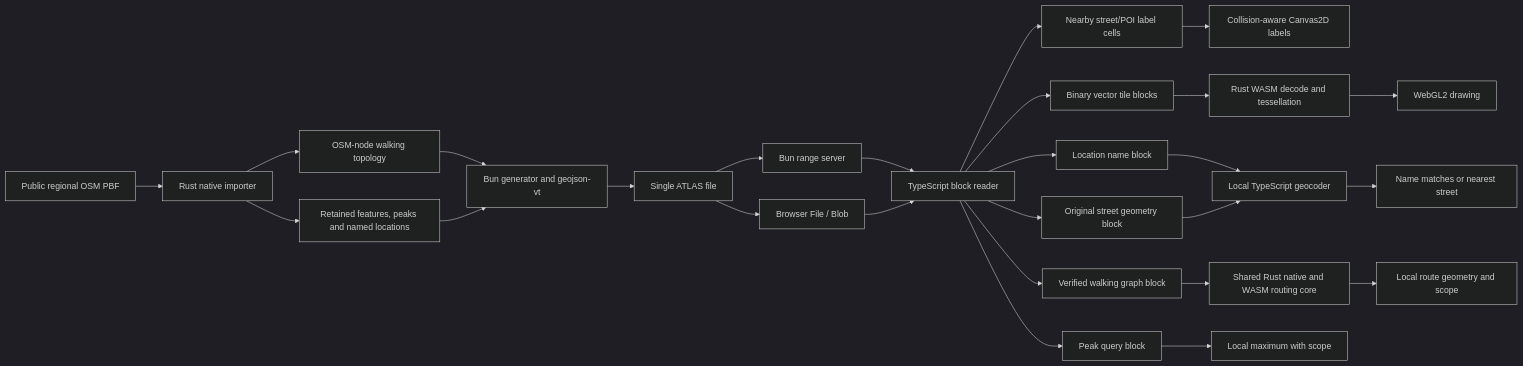
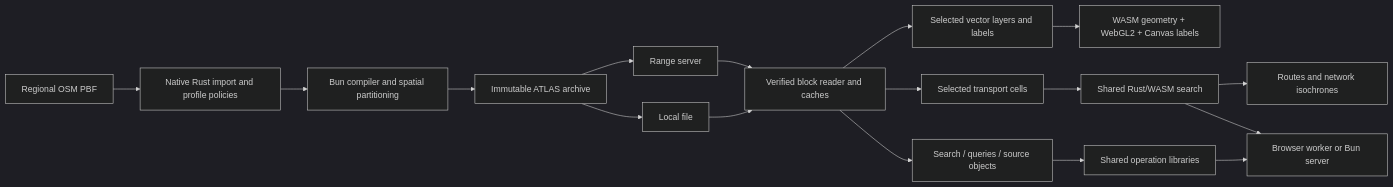
The diagram in docs/ARCHITECTURE.md (zeSchlausKwab/atlas), drawn with Mermaid (dark theme) before and after one commit. The commit also changed other lines of this file and 19 other files, not shown here.

````diff
--- a/docs/ARCHITECTURE.md
+++ b/docs/ARCHITECTURE.md
@@ -3,28 +3,19 @@
 ```mermaid
 flowchart LR
-  PBF[Public regional OSM PBF] --> Import[Rust native importer]
-  Import --> Geo[Retained features, peaks and named locations]
-  Import --> Graph[OSM-node walking topology]
-  Graph --> CLI
-  Geo --> CLI[Bun generator and geojson-vt]
-  CLI --> File[Single ATLAS file]
-  File --> Server[Bun range server]
-  File --> Local[Browser File / Blob]
-  Server --> Reader[TypeScript block reader]
+  PBF[Regional OSM PBF] --> Import[Native Rust import and profile policies]
+  Import --> Compiler[Bun compiler and spatial partitioning]
+  Compiler --> Atlas[Immutable ATLAS archive]
+  Atlas --> HTTP[Range server]
+  Atlas --> Local[Local file]
+  HTTP --> Reader[Verified block reader and caches]
   Local --> Reader
-  Reader --> Tiles[Binary vector tile blocks]
-  Reader --> Labels[Nearby street/POI label cells]
-  Labels --> Overlay[Collision-aware Canvas2D labels]
-  Reader --> Query[Peak query block]
-  Reader --> Names[Location name block]
-  Reader --> Streets[Original street geometry block]
-  Names --> Geocoder[Local TypeScript geocoder]
-  Streets --> Geocoder
-  Geocoder --> Location[Name matches or nearest street]
-  Reader --> Route[Verified walking graph block]
-  Route --> Core[Shared Rust native and WASM routing core]
-  Core --> Path[Local route geometry and scope]
-  Tiles --> WASM[Rust WASM decode and tessellation]
-  WASM --> GPU[WebGL2 drawing]
-  Query --> Result[Local maximum with scope]
+  Reader --> Display[Selected vector layers and labels]
+  Reader --> Cells[Selected transport cells]
+  Reader --> Semantic[Search / queries / source objects]
+  Display --> Render[WASM geometry + WebGL2 + Canvas labels]
+  Cells --> Search[Shared Rust/WASM search]
+  Search --> Result[Routes and network isochrones]
+  Semantic --> Operations[Shared operation libraries]
+  Search --> Host[Browser worker or Bun server]
+  Operations --> Host
 ```
````
